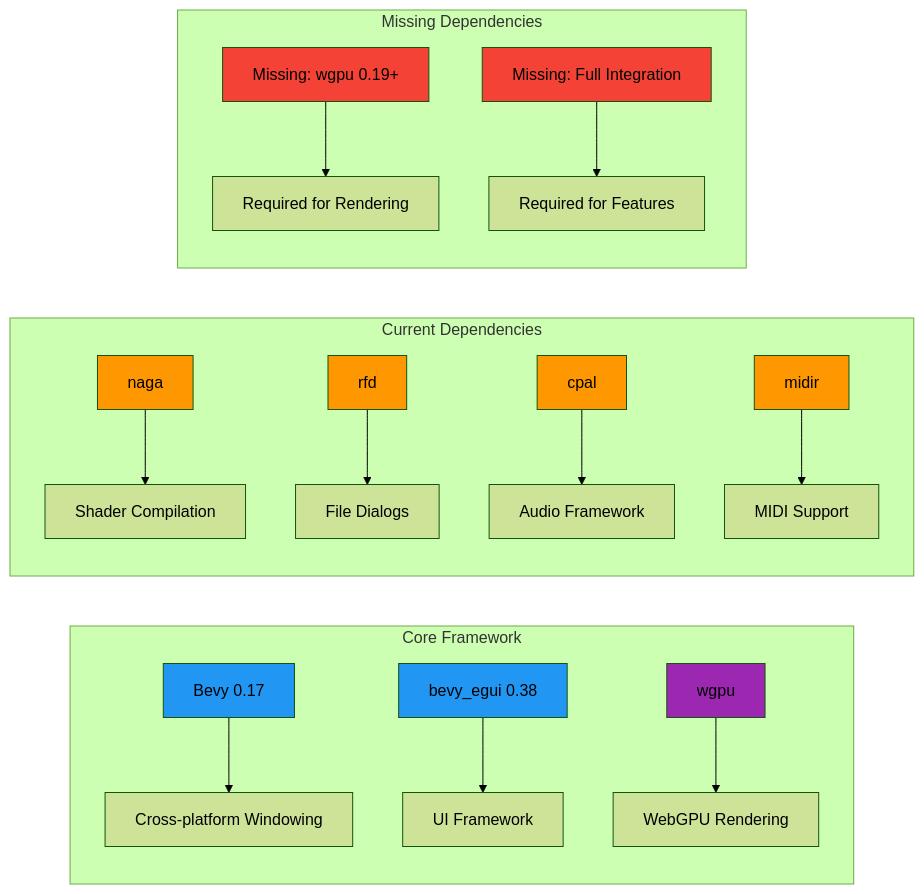
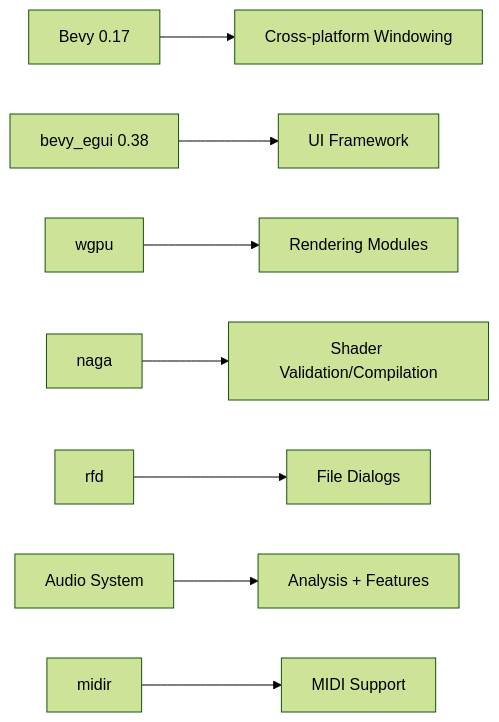
The second of 11 diagrams in docs/WGSL_Shader_Studio_Technical_Architecture_Current.md (compiling-org/WGSL-Shader-Studio), drawn with Mermaid (forest theme) before and after one commit. The commit also changed other lines of this file and 37 other files, not shown here.

Commit message:
docs: reality-aligned content updates; diagrams unchanged; roadmap fix; systems reference wiring; PRD narrative adjusted; tech-arch reference note

````diff
--- a/docs/WGSL_Shader_Studio_Technical_Architecture_Current.md
+++ b/docs/WGSL_Shader_Studio_Technical_Architecture_Current.md
@@ -37,30 +20,10 @@
 ```mermaid
-graph LR
-    subgraph "Core Framework"
-        A[Bevy 0.17] --> B[Cross-platform Windowing]
-        C[bevy_egui 0.38] --> D[UI Framework]
-        E[wgpu] --> F[WebGPU Rendering]
-    end
-    
-    subgraph "Current Dependencies"
-        G[naga] --> H[Shader Compilation]
-        I[rfd] --> J[File Dialogs]
-        K[cpal] --> L[Audio Framework]
-        M[midir] --> N[MIDI Support]
-    end
-    
-    subgraph "Missing Dependencies"
-        O[Missing: wgpu 0.19+] --> P[Required for Rendering]
-        Q[Missing: Full Integration] --> R[Required for Features]
-    end
-    
-    style A fill:#2196f3
-    style C fill:#2196f3
-    style E fill:#9c27b0
-    style G fill:#ff9800
-    style I fill:#ff9800
-    style K fill:#ff9800
-    style M fill:#ff9800
-    style O fill:#f44336
-    style Q fill:#f44336
+flowchart LR
+    Bevy[Bevy 0.17] --> Windowing[Cross-platform Windowing]
+    Egui[bevy_egui 0.38] --> UIF[UI Framework]
+    WGPU[wgpu] --> Render[Rendering Modules]
+    Naga[naga] --> Compile[Shader Validation/Compilation]
+    Rfd[rfd] --> Dialogs[File Dialogs]
+    Audio[Audio System] --> FFT[Analysis + Features]
+    Midir[midir] --> MIDI[MIDI Support]
 ```
````
